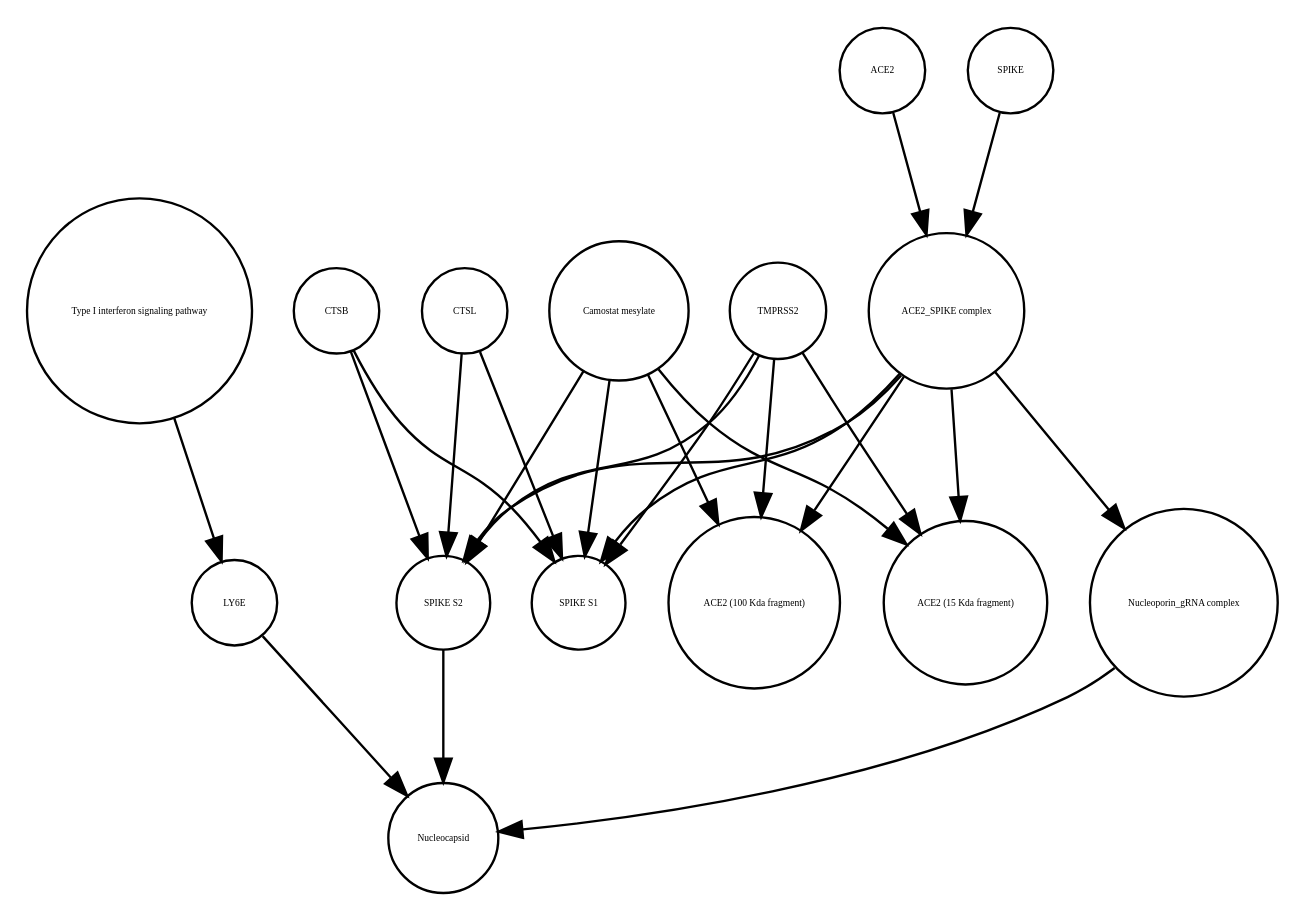
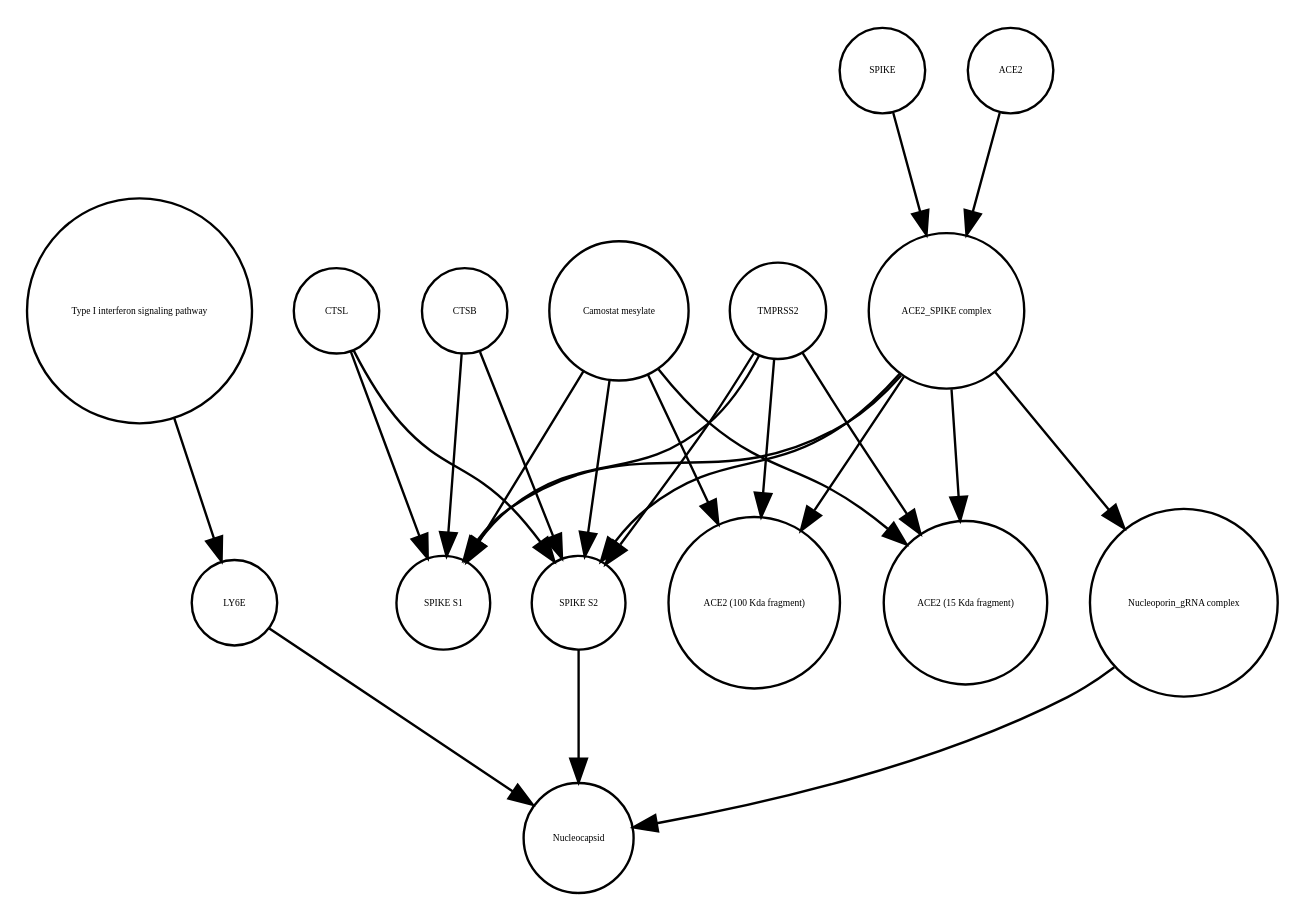
One commit to cannin/covid19-sbgn changed the diagram in Virus_replication_cycle_V02.xml_projected.dot. Above: the diagram before and after it, drawn with Graphviz. The commit also changed 621 other files, not shown here.

```diff
--- a/Virus_replication_cycle_V02.xml_projected.dot
+++ b/Virus_replication_cycle_V02.xml_projected.dot
@@ -1,40 +1,40 @@
 strict digraph  {
 "Type I interferon signaling pathway" [annotation="", bipartite=0, cls=phenotype, fontsize=4, label="Type I interferon signaling pathway", shape=circle];
 LY6E [annotation="", bipartite=0, cls=macromolecule, fontsize=4, label=LY6E, shape=circle];
-ACE2 [annotation="", bipartite=0, cls=macromolecule, fontsize=4, label=ACE2, shape=circle];
-"Nucleoporin_gRNA complex " [annotation="", bipartite=0, cls=complex, fontsize=4, label="Nucleoporin_gRNA complex ", shape=circle];
+Nucleocapsid [annotation="", bipartite=0, cls=complex, fontsize=4, label=Nucleocapsid, shape=circle];
+TMPRSS2 [annotation="", bipartite=0, cls=macromolecule, fontsize=4, label=TMPRSS2, shape=circle];
+"ACE2 (15 Kda fragment)" [annotation="", bipartite=0, cls=macromolecule, fontsize=4, label="ACE2 (15 Kda fragment)", shape=circle];
 CTSL [annotation="", bipartite=0, cls=macromolecule, fontsize=4, label=CTSL, shape=circle];
+"Camostat mesylate" [annotation="urn_miriam_pubchem.compound_2536", bipartite=0, cls="simple chemical", fontsize=4, label="Camostat mesylate", shape=circle];
+SPIKE [annotation="", bipartite=0, cls="macromolecule multimer", fontsize=4, label=SPIKE, shape=circle];
 "SPIKE S1" [annotation="", bipartite=0, cls=macromolecule, fontsize=4, label="SPIKE S1", shape=circle];
 "SPIKE S2" [annotation="", bipartite=0, cls=macromolecule, fontsize=4, label="SPIKE S2", shape=circle];
-"Camostat mesylate" [annotation="urn_miriam_pubchem.compound_2536", bipartite=0, cls="simple chemical", fontsize=4, label="Camostat mesylate", shape=circle];
-Nucleocapsid [annotation="", bipartite=0, cls=complex, fontsize=4, label=Nucleocapsid, shape=circle];
+"Nucleoporin_gRNA complex " [annotation="", bipartite=0, cls=complex, fontsize=4, label="Nucleoporin_gRNA complex ", shape=circle];
+CTSB [annotation="", bipartite=0, cls=macromolecule, fontsize=4, label=CTSB, shape=circle];
 "ACE2_SPIKE complex" [annotation="", bipartite=0, cls=complex, fontsize=4, label="ACE2_SPIKE complex", shape=circle];
-CTSB [annotation="", bipartite=0, cls=macromolecule, fontsize=4, label=CTSB, shape=circle];
+ACE2 [annotation="", bipartite=0, cls=macromolecule, fontsize=4, label=ACE2, shape=circle];
 "ACE2 (100 Kda fragment)" [annotation="", bipartite=0, cls=macromolecule, fontsize=4, label="ACE2 (100 Kda fragment)", shape=circle];
-SPIKE [annotation="", bipartite=0, cls="macromolecule multimer", fontsize=4, label=SPIKE, shape=circle];
-"ACE2 (15 Kda fragment)" [annotation="", bipartite=0, cls=macromolecule, fontsize=4, label="ACE2 (15 Kda fragment)", shape=circle];
-TMPRSS2 [annotation="", bipartite=0, cls=macromolecule, fontsize=4, label=TMPRSS2, shape=circle];
 "Type I interferon signaling pathway" -> LY6E  [annotation="", interaction_type=stimulation];
 LY6E -> Nucleocapsid  [annotation="urn_miriam_doi_10.1101%2F2020.03.05.979260|urn_miriam_doi_10.1101%2F2020.04.02.021469", interaction_type=inhibition];
-ACE2 -> "ACE2_SPIKE complex"  [annotation="", interaction_type=production];
-"Nucleoporin_gRNA complex " -> Nucleocapsid  [annotation="", interaction_type=production];
+TMPRSS2 -> "ACE2 (15 Kda fragment)"  [annotation="urn_miriam_pubmed_32142651|urn_miriam_pubmed_32094589|urn_miriam_pubmed_24227843", interaction_type=catalysis];
+TMPRSS2 -> "ACE2 (100 Kda fragment)"  [annotation="urn_miriam_pubmed_32142651|urn_miriam_pubmed_32094589|urn_miriam_pubmed_24227843", interaction_type=catalysis];
+TMPRSS2 -> "SPIKE S1"  [annotation="urn_miriam_pubmed_32142651|urn_miriam_pubmed_32094589|urn_miriam_pubmed_24227843", interaction_type=catalysis];
+TMPRSS2 -> "SPIKE S2"  [annotation="urn_miriam_pubmed_32142651|urn_miriam_pubmed_32094589|urn_miriam_pubmed_24227843", interaction_type=catalysis];
 CTSL -> "SPIKE S1"  [annotation=urn_miriam_pubmed_32142651, interaction_type=catalysis];
 CTSL -> "SPIKE S2"  [annotation=urn_miriam_pubmed_32142651, interaction_type=catalysis];
-"SPIKE S2" -> Nucleocapsid  [annotation="", interaction_type=stimulation];
+"Camostat mesylate" -> "ACE2 (15 Kda fragment)"  [annotation="urn_miriam_pubmed_32142651|urn_miriam_pubmed_32094589|urn_miriam_pubmed_24227843", interaction_type=inhibition];
 "Camostat mesylate" -> "ACE2 (100 Kda fragment)"  [annotation="urn_miriam_pubmed_32142651|urn_miriam_pubmed_32094589|urn_miriam_pubmed_24227843", interaction_type=inhibition];
-"Camostat mesylate" -> "ACE2 (15 Kda fragment)"  [annotation="urn_miriam_pubmed_32142651|urn_miriam_pubmed_32094589|urn_miriam_pubmed_24227843", interaction_type=inhibition];
 "Camostat mesylate" -> "SPIKE S1"  [annotation="urn_miriam_pubmed_32142651|urn_miriam_pubmed_32094589|urn_miriam_pubmed_24227843", interaction_type=inhibition];
 "Camostat mesylate" -> "SPIKE S2"  [annotation="urn_miriam_pubmed_32142651|urn_miriam_pubmed_32094589|urn_miriam_pubmed_24227843", interaction_type=inhibition];
+SPIKE -> "ACE2_SPIKE complex"  [annotation="", interaction_type=production];
+"SPIKE S2" -> Nucleocapsid  [annotation="urn_miriam_doi_10.1101%2F2020.03.05.979260|urn_miriam_doi_10.1101%2F2020.04.02.021469", interaction_type=stimulation];
+"Nucleoporin_gRNA complex " -> Nucleocapsid  [annotation="", interaction_type=production];
+CTSB -> "SPIKE S1"  [annotation=urn_miriam_pubmed_32142651, interaction_type=catalysis];
+CTSB -> "SPIKE S2"  [annotation=urn_miriam_pubmed_32142651, interaction_type=catalysis];
 "ACE2_SPIKE complex" -> "SPIKE S1"  [annotation="", interaction_type=production];
 "ACE2_SPIKE complex" -> "SPIKE S2"  [annotation="", interaction_type=production];
+"ACE2_SPIKE complex" -> "Nucleoporin_gRNA complex "  [annotation="urn_miriam_pubmed_32142651|urn_miriam_pubmed_32094589", interaction_type=stimulation];
+"ACE2_SPIKE complex" -> "ACE2 (15 Kda fragment)"  [annotation="", interaction_type=production];
 "ACE2_SPIKE complex" -> "ACE2 (100 Kda fragment)"  [annotation="", interaction_type=production];
-"ACE2_SPIKE complex" -> "ACE2 (15 Kda fragment)"  [annotation="", interaction_type=production];
-"ACE2_SPIKE complex" -> "Nucleoporin_gRNA complex "  [annotation="urn_miriam_pubmed_32142651|urn_miriam_pubmed_32094589", interaction_type=stimulation];
-CTSB -> "SPIKE S1"  [annotation=urn_miriam_pubmed_32142651, interaction_type=catalysis];
-CTSB -> "SPIKE S2"  [annotation=urn_miriam_pubmed_32142651, interaction_type=catalysis];
-SPIKE -> "ACE2_SPIKE complex"  [annotation="", interaction_type=production];
-TMPRSS2 -> "ACE2 (100 Kda fragment)"  [annotation="urn_miriam_pubmed_32142651|urn_miriam_pubmed_32094589|urn_miriam_pubmed_24227843", interaction_type=catalysis];
-TMPRSS2 -> "ACE2 (15 Kda fragment)"  [annotation="urn_miriam_pubmed_32142651|urn_miriam_pubmed_32094589|urn_miriam_pubmed_24227843", interaction_type=catalysis];
-TMPRSS2 -> "SPIKE S1"  [annotation="urn_miriam_pubmed_32142651|urn_miriam_pubmed_32094589|urn_miriam_pubmed_24227843", interaction_type=catalysis];
-TMPRSS2 -> "SPIKE S2"  [annotation="urn_miriam_pubmed_32142651|urn_miriam_pubmed_32094589|urn_miriam_pubmed_24227843", interaction_type=catalysis];
+ACE2 -> "ACE2_SPIKE complex"  [annotation="", interaction_type=production];
 }
```
